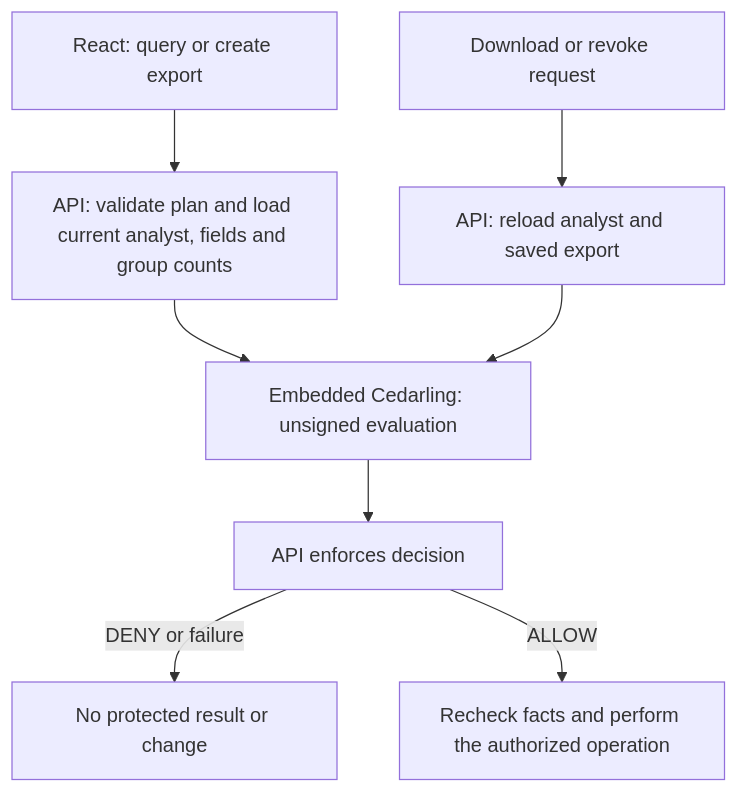
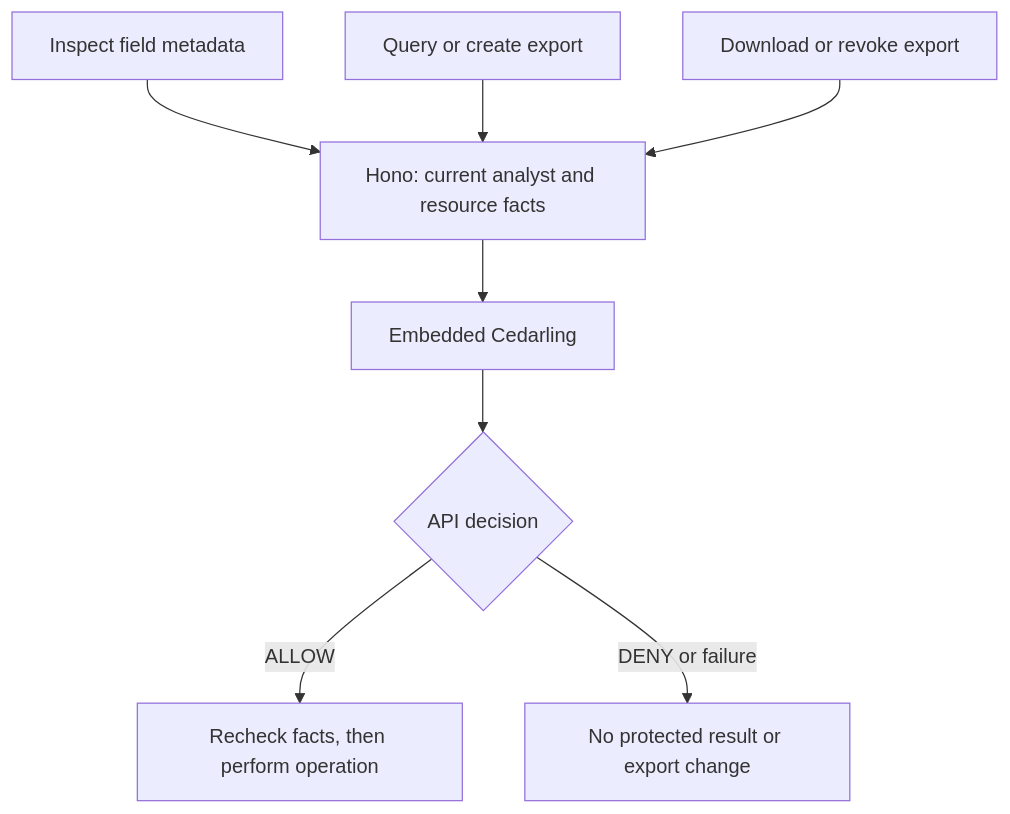
One commit to GluuFederation/cedarling-tutorials changed the diagram in p5-dataguard/docs/tutorials.md. Above: the diagram before and after it, drawn with Mermaid. The commit also changed other lines of this file and 29 other files, not shown here.

Commit message:
docs: improve P1-P5 tutorial reading flow

````diff
--- a/p5-dataguard/docs/tutorials.md
+++ b/p5-dataguard/docs/tutorials.md
@@ -69,12 +316,12 @@
 ```mermaid
 flowchart TD
-    accTitle: Query and export authorization in the completed API
-    accDescr: Each query or export operation loads current facts and asks server-side Cedarling. The API enforces the decision and rechecks facts before releasing data or changing an export.
-    Query["React: query or create export"] --> Plan["API: validate plan and load current analyst, fields and group counts"]
-    Export["Download or revoke request"] --> Saved["API: reload analyst and saved export"]
-    Plan --> PDP["Embedded Cedarling: unsigned evaluation"]
-    Saved --> PDP
-    PDP --> Check["API enforces decision"]
-    Check -->|"DENY or failure"| Stop["No protected result or change"]
-    Check -->|"ALLOW"| Effect["Recheck facts and perform the authorized operation"]
+    accTitle: Separate decisions for each data disclosure
+    accDescr: The Hono API loads current analyst facts for every request. Field metadata, query plans, and saved exports use distinct Cedarling actions before the API releases data or changes an export.
+    Fields["Inspect field metadata"] --> API["Hono: current analyst and resource facts"]
+    Plan["Query or create export"] --> API
+    Saved["Download or revoke export"] --> API
+    API --> PDP["Embedded Cedarling"]
+    PDP --> Check{"API decision"}
+    Check -->|"ALLOW"| Effect["Recheck facts, then perform operation"]
+    Check -->|"DENY or failure"| Stop["No protected result or export change"]
 ```
````
